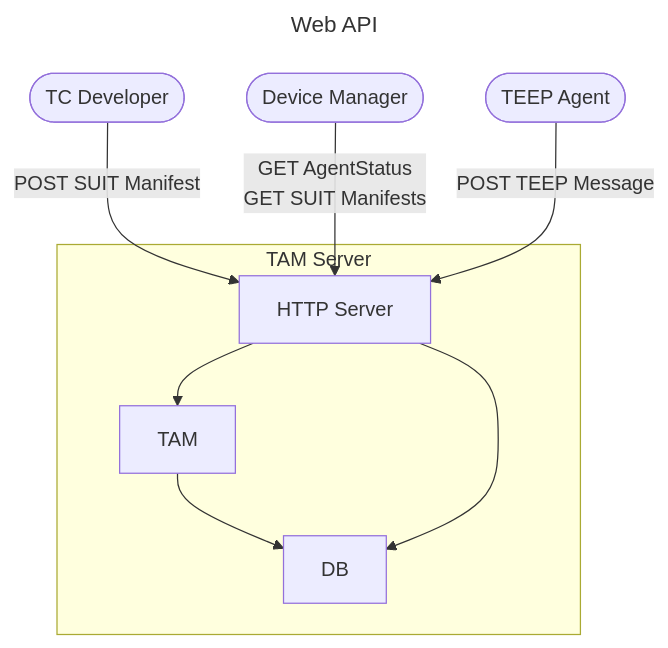
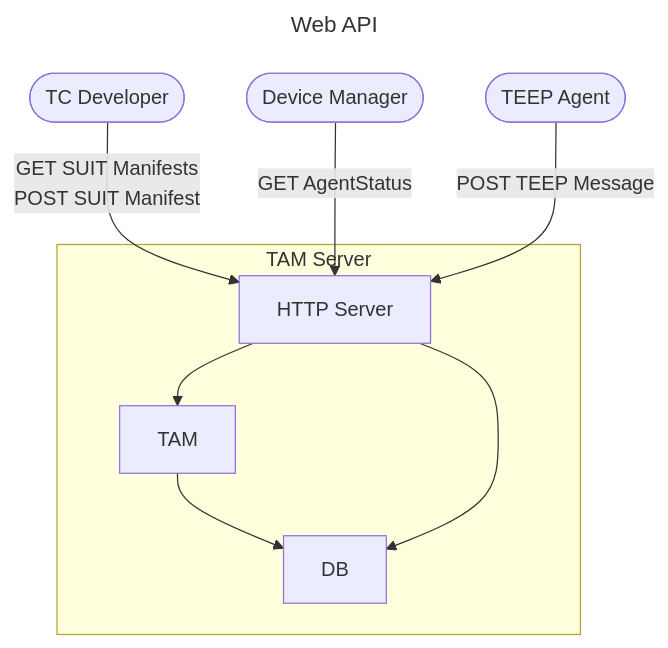
One commit to kentakayama/tam-over-http changed the diagram in doc/EXTERNAL_DESIGN.md. Above: the diagram before and after it, drawn with Mermaid.

````diff
--- a/doc/EXTERNAL_DESIGN.md
+++ b/doc/EXTERNAL_DESIGN.md
@@ -3,22 +3,22 @@
 ```mermaid
 ---
 title: Web API
 ---
 
 flowchart TB
 
-TCDeveloper([TC Developer]) -- POST SUIT Manifest --> HTTPServer
-DeviceManager([Device Manager]) -- GET AgentStatus<br/>GET SUIT Manifests --> HTTPServer
+TCDeveloper([TC Developer]) -- GET SUIT Manifests<br/>POST SUIT Manifest --> HTTPServer
+DeviceManager([Device Manager]) -- GET AgentStatus --> HTTPServer
 TEEPAgent([TEEP Agent]) -- POST TEEP Message --> HTTPServer
 
 subgraph TAM Server
     HTTPServer[HTTP Server]
     TAMoverHTTP[TAM]
     DBMS[DB]
 
     HTTPServer --> TAMoverHTTP
     TAMoverHTTP --> DBMS
     HTTPServer --> DBMS
 end
 
 ```
````
